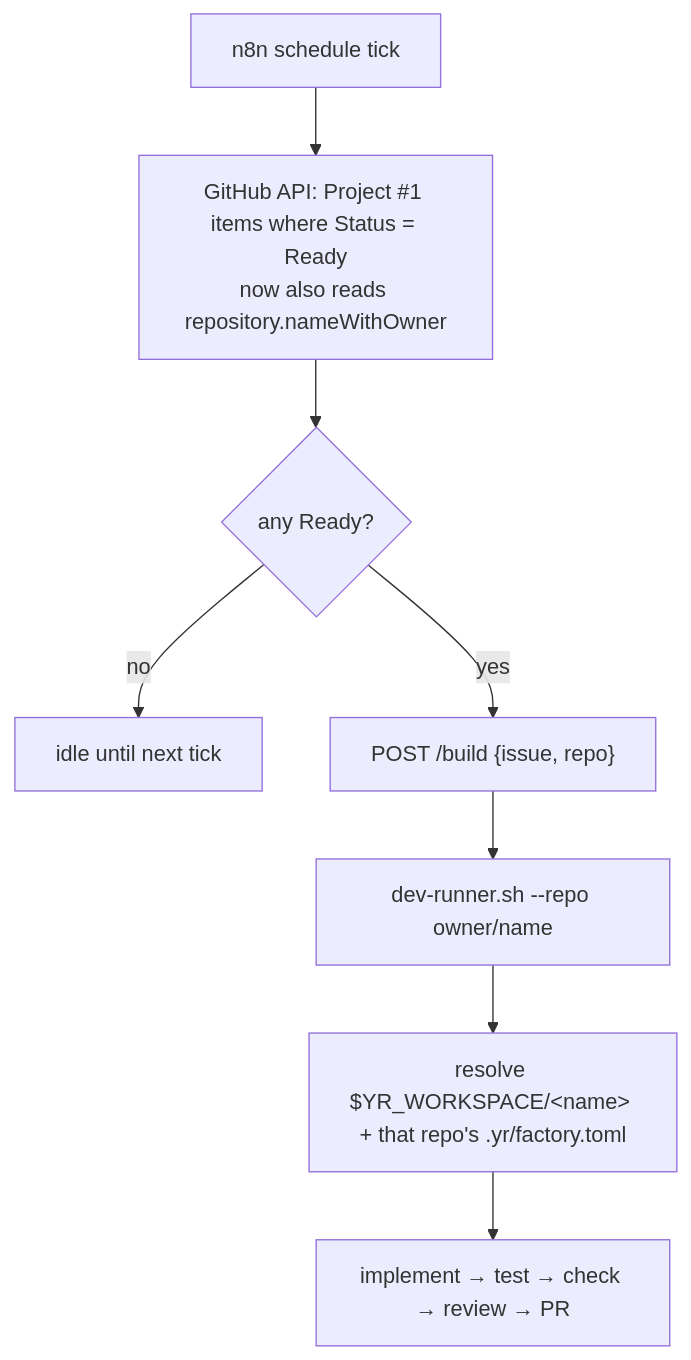
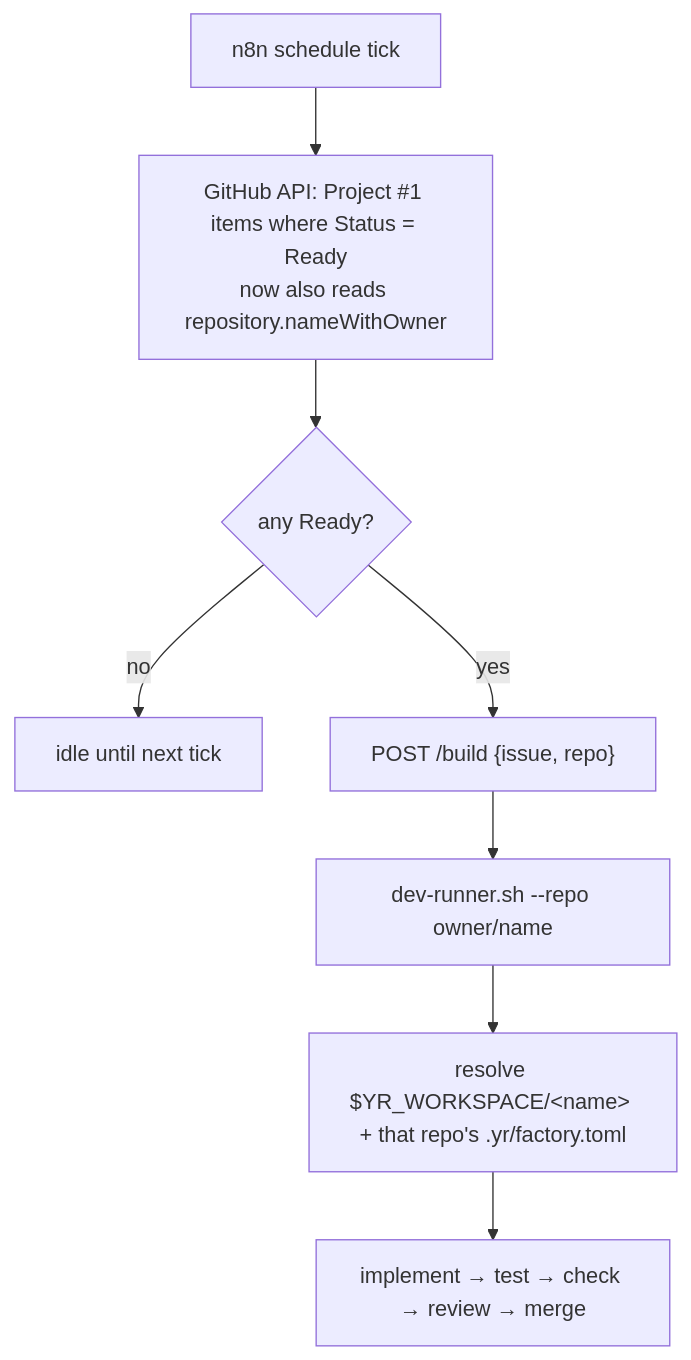
Before and after one commit to yellow-robots/factory: the diagram in docs/rfcs/0006-multi-repo-website-onboarding.md, drawn with Mermaid. The commit also changed other lines of this file and 1 other file, not shown here.

First line of the commit message:
docs(rfcs): accept 0006 (resolved Qs) + draft 0007 — autonomous merge

````diff
--- a/docs/rfcs/0006-multi-repo-website-onboarding.md
+++ b/docs/rfcs/0006-multi-repo-website-onboarding.md
@@ -21,10 +21,10 @@
 ```mermaid
 flowchart TD
     A[n8n schedule tick] --> B["GitHub API: Project #1 items where Status = Ready<br/>now also reads repository.nameWithOwner"]
     B --> C{any Ready?}
     C -- no --> Z[idle until next tick]
     C -- yes --> D["POST /build {issue, repo}"]
     D --> E["dev-runner.sh --repo owner/name"]
     E --> F["resolve $YR_WORKSPACE/&lt;name&gt; + that repo's .yr/factory.toml"]
-    F --> G[implement → test → check → review → PR]
+    F --> G[implement → test → check → review → merge]
 ```
````
